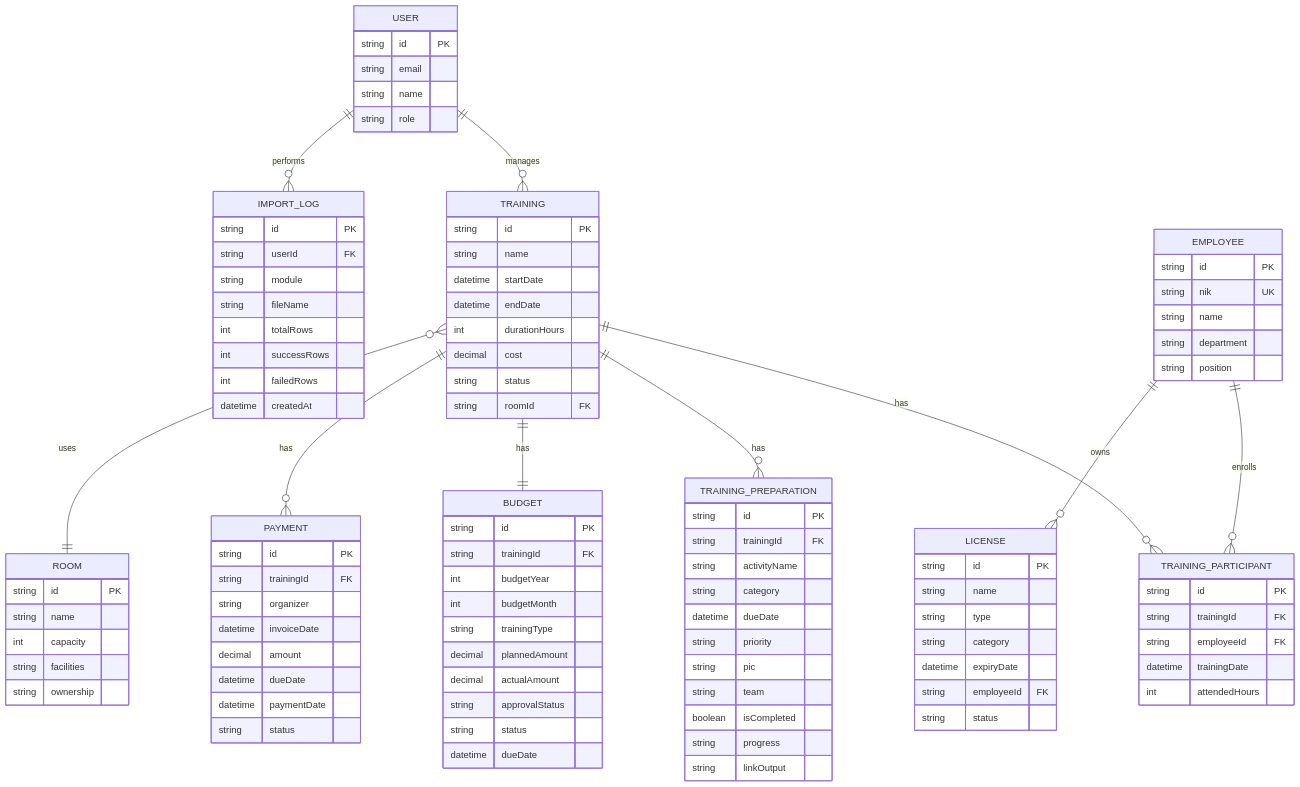
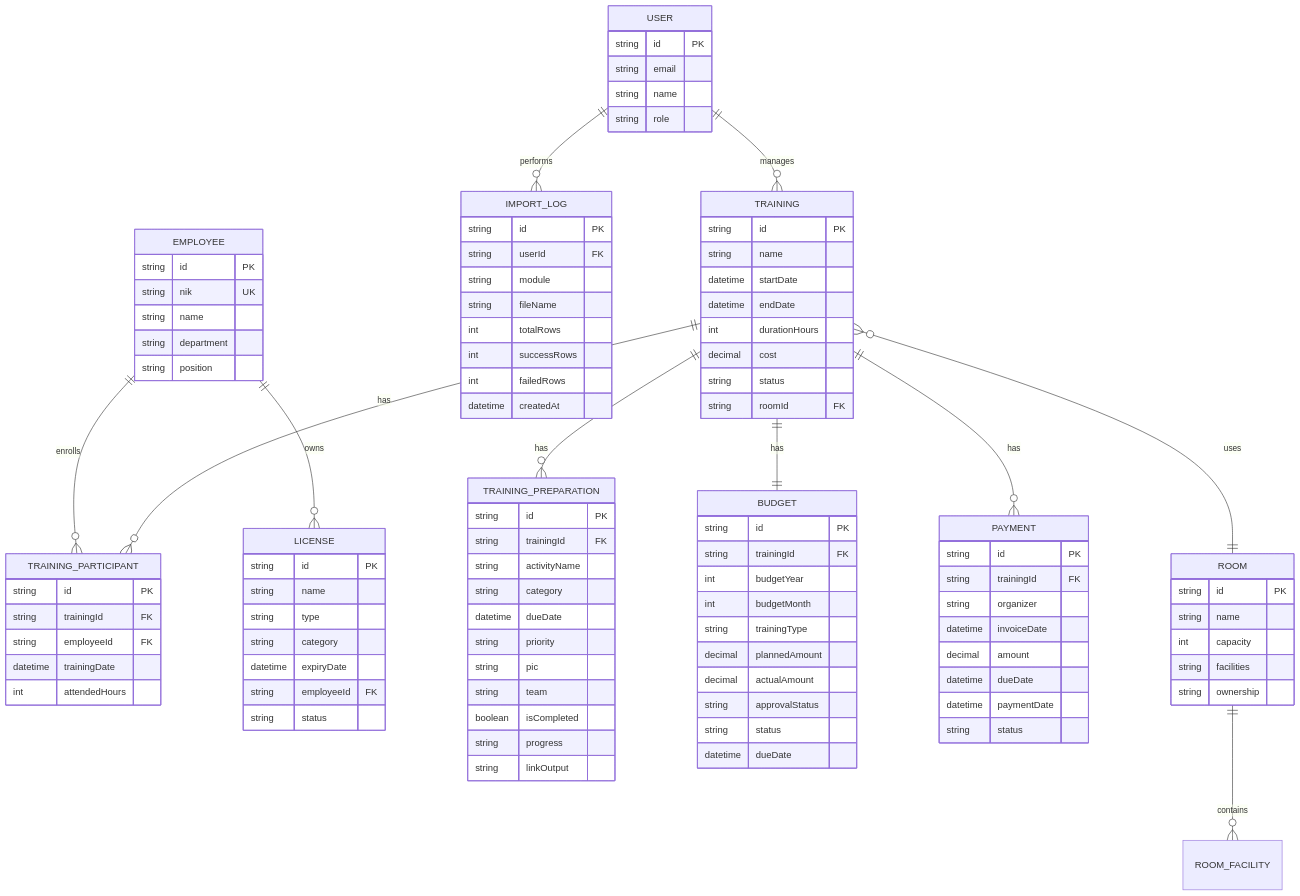
One commit to appaldyt/Lentera changed the second of 2 diagrams in PRD-LENTERA.md. Above: the diagram before and after it, drawn with Mermaid. The commit also changed other lines of this file and 1 other file, not shown here.

Commit message:
feat: implement room management module with expandable facility details and updated PRD specifications

```diff
--- a/PRD-LENTERA.md
+++ b/PRD-LENTERA.md
@@ -294,6 +302,7 @@
     TRAINING ||--|| BUDGET : has
     TRAINING ||--o{ PAYMENT : has
     TRAINING }o--|| ROOM : uses
+    ROOM ||--o{ ROOM_FACILITY : contains
 
     USER {
         string id PK
```
